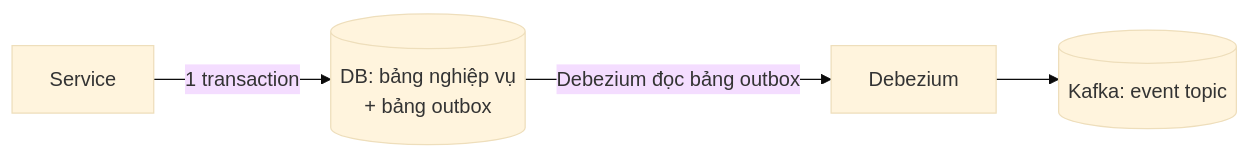
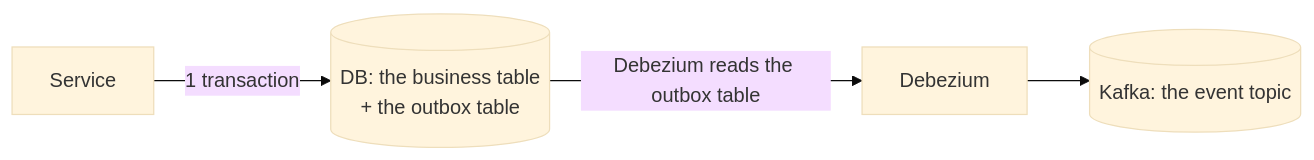
One commit to vuhoang001/knowledge changed the fourth of 4 diagrams in i18n/en/docusaurus-plugin-content-docs/current/etl/kafka/skills/kafka-connect-cdc.md. Above: the diagram before and after it, drawn with Mermaid (base theme). The commit also changed other lines of this file and 21 other files, not shown here.

````diff
--- a/i18n/en/docusaurus-plugin-content-docs/current/etl/kafka/skills/kafka-connect-cdc.md
+++ b/i18n/en/docusaurus-plugin-content-docs/current/etl/kafka/skills/kafka-connect-cdc.md
@@ -162,6 +161,6 @@
 ```mermaid
 flowchart LR
-  S[Service] -->|1 transaction| DB[(DB: bảng nghiệp vụ<br/>+ bảng outbox)]
-  DB -->|Debezium đọc bảng outbox| DZ[Debezium]
-  DZ --> K[(Kafka: event topic)]
+  S[Service] -->|1 transaction| DB[(DB: the business table<br/>+ the outbox table)]
+  DB -->|Debezium reads the outbox table| DZ[Debezium]
+  DZ --> K[(Kafka: the event topic)]
 ```
````
